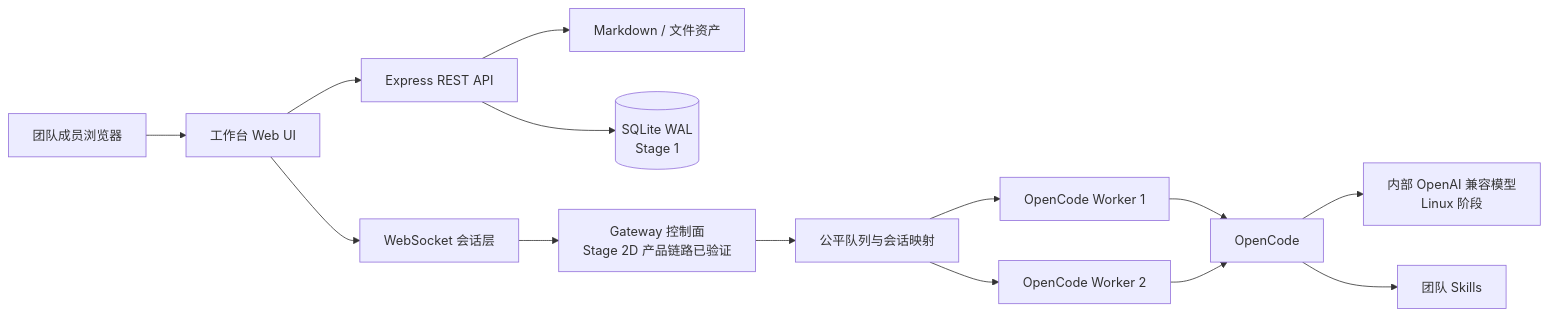
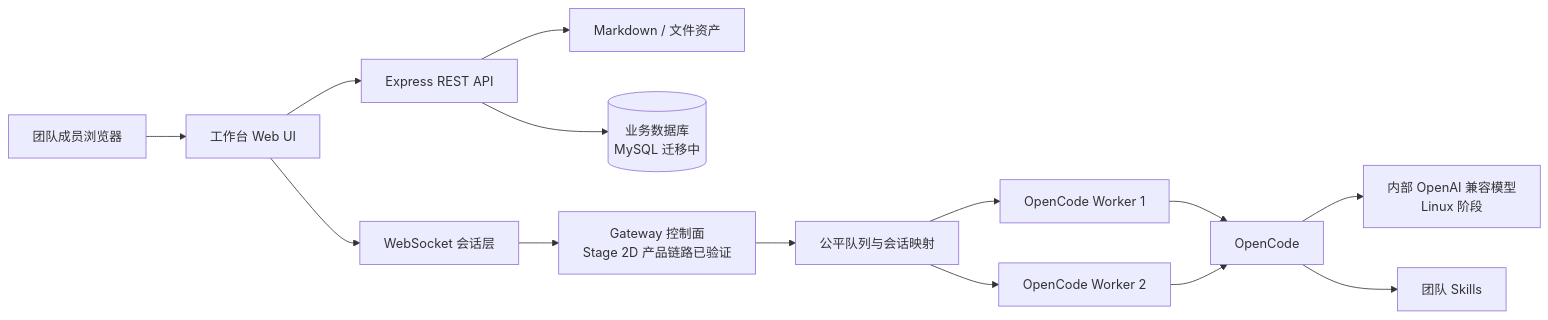
The second of 2 diagrams in README.md (rainerzhao/opencode-ia), drawn with Mermaid before and after one commit. The commit also changed other lines of this file and 18 other files, not shown here.

````diff
--- a/README.md
+++ b/README.md
@@ -109,16 +109,16 @@
 ```mermaid
 flowchart LR
     U[团队成员浏览器] --> W[工作台 Web UI]
     W --> A[Express REST API]
     W --> S[WebSocket 会话层]
     A --> F[Markdown / 文件资产]
-    A --> D[(SQLite WAL<br/>Stage 1)]
+    A --> D[(业务数据库<br/>MySQL 迁移中)]
     S --> G[Gateway 控制面<br/>Stage 2D 产品链路已验证]
     G --> Q[公平队列与会话映射]
     Q --> W1[OpenCode Worker 1]
     Q --> W2[OpenCode Worker 2]
     W1 --> O[OpenCode]
     W2 --> O
     O --> M[内部 OpenAI 兼容模型<br/>Linux 阶段]
     O --> K[团队 Skills]
 ```
````
